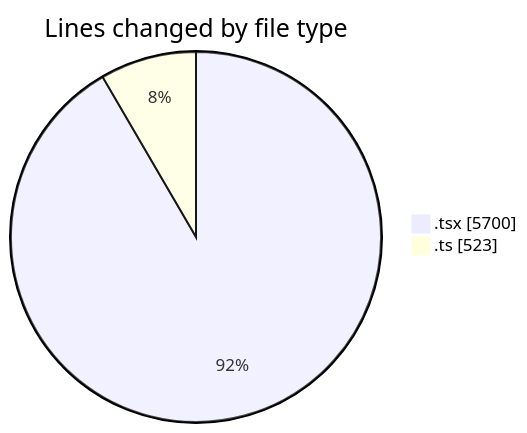
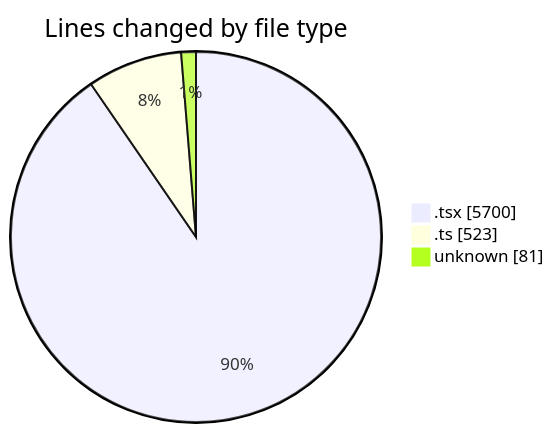
One commit to nxtqubesakshisongat/code-tracking changed the first of 2 diagrams in 2026-04-05/nxtqube_webapp/README.md. Above: the diagram before and after it, drawn with Mermaid. The commit also changed other lines of this file and 1 other file, not shown here.

````diff
--- a/2026-04-05/nxtqube_webapp/README.md
+++ b/2026-04-05/nxtqube_webapp/README.md
@@ -24,6 +25,7 @@
 ```mermaid
 pie showData
 title Lines changed by file type
 ".tsx" : 5700
 ".ts" : 523
+"unknown" : 81
 ```
````
